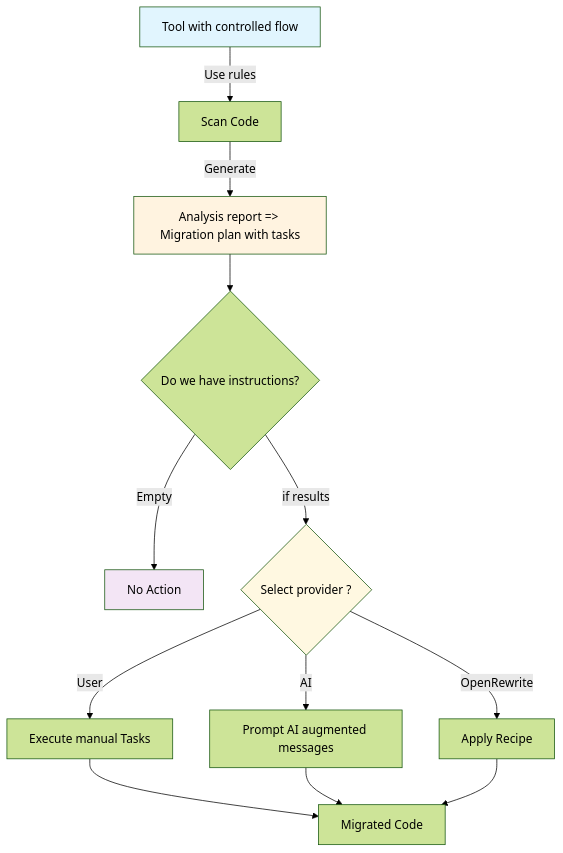
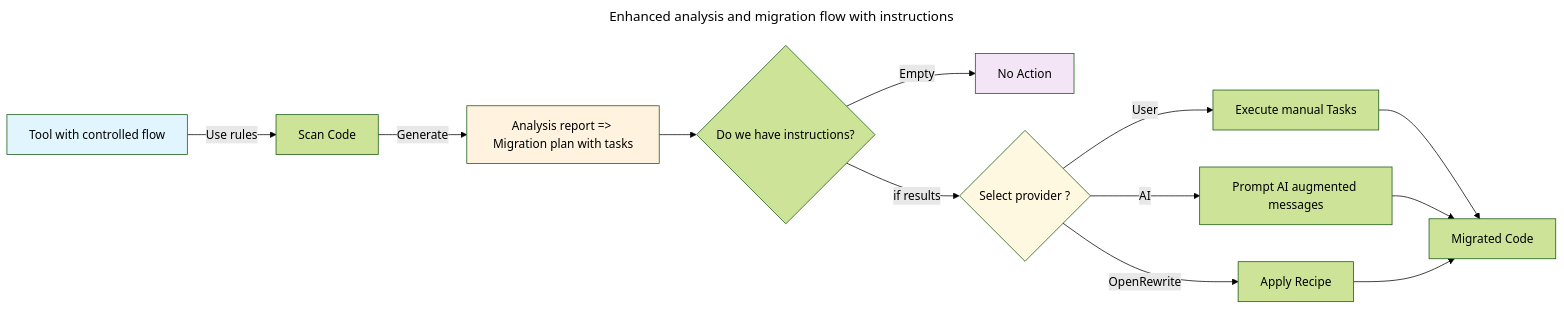
One commit to snowdrop/migration-tool changed the second of 2 diagrams in README.md. Above: the diagram before and after it, drawn with Mermaid (forest theme). The commit also changed other lines of this file, not shown here.

Commit message:
Review the instructions. 11

````diff
--- a/README.md
+++ b/README.md
@@ -27,19 +30,22 @@
 ```mermaid
-flowchart TD
+---
+title: Enhanced analysis and migration flow with instructions
+---
+flowchart LR
     A[Tool with controlled flow] --> |Use rules|B[Scan Code]
     B --> |Generate|C[Analysis report => Migration plan with tasks]
     C --> D{Do we have instructions?}
     D -->|Empty|E[No Action]
     D -->|if results|F{Select provider ?}
     F -->|User|G[Execute manual Tasks]
     F -->|AI|H[Prompt AI augmented messages]
     F -->|OpenRewrite|I[Apply Recipe]
     G --> J[Migrated Code]
     H --> J
     I --> J
 
     style A fill:#e1f5fe
     style C fill:#fff3e0
     style E fill:#f3e5f5
     style F fill:#fff8e1 
 ```
````
